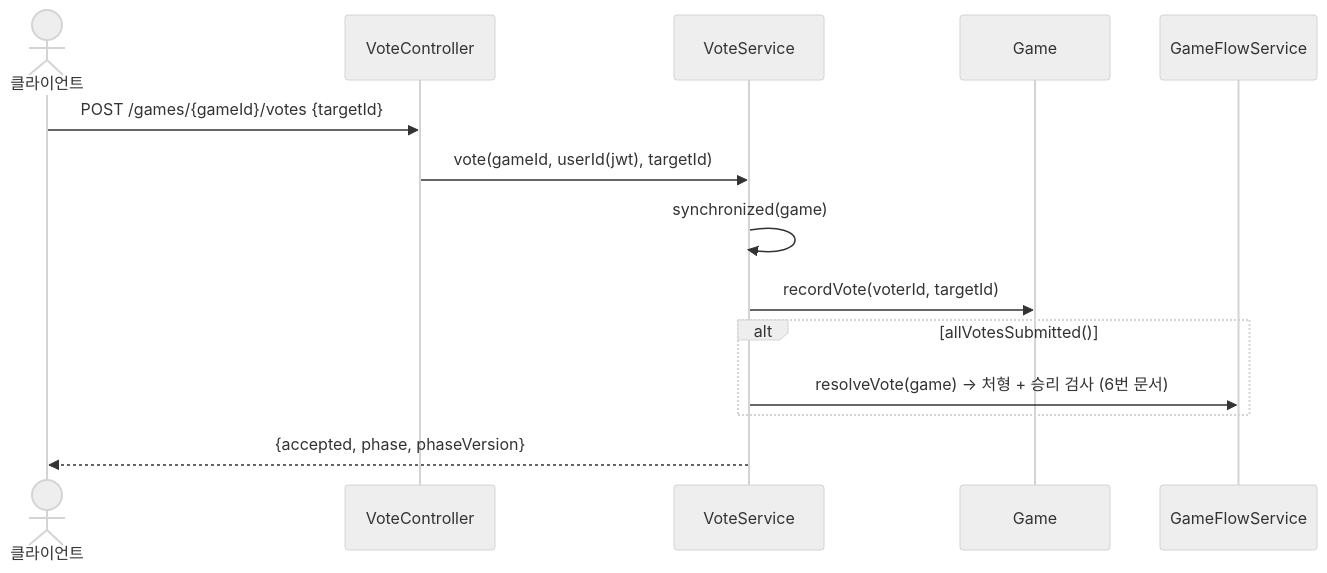
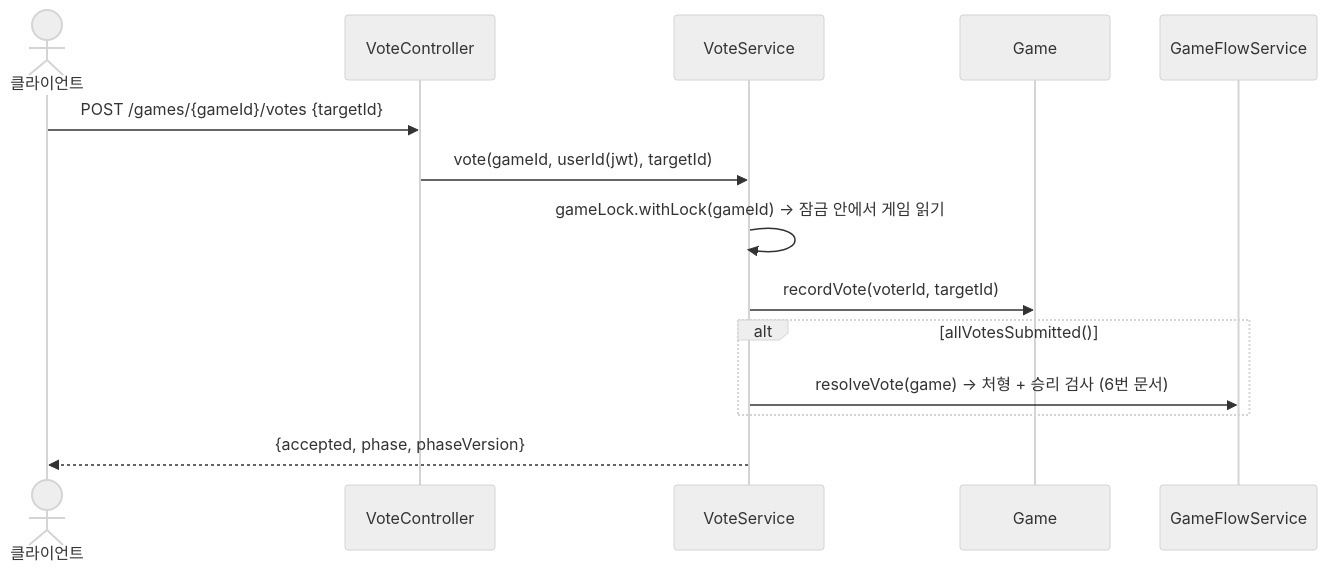
The third of 3 diagrams in Claude outputs/05_낮_투표.md (IamREALcitizen/project_server), drawn with Mermaid (neutral theme) before and after one commit. The commit also changed other lines of this file and 11 other files, not shown here.

````diff
--- a/Claude outputs/05_낮_투표.md
+++ b/Claude outputs/05_낮_투표.md
@@ -44,17 +44,17 @@
 ```mermaid
 sequenceDiagram
     actor C as 클라이언트
     participant VC as VoteController
     participant VS as VoteService
     participant G as Game
     participant GF as GameFlowService
 
     C->>VC: POST /games/{gameId}/votes {targetId}
     VC->>VS: vote(gameId, userId(jwt), targetId)
-    VS->>VS: synchronized(game)
+    VS->>VS: gameLock.withLock(gameId) → 잠금 안에서 게임 읽기
     VS->>G: recordVote(voterId, targetId)
     alt allVotesSubmitted()
         VS->>GF: resolveVote(game) → 처형 + 승리 검사 (6번 문서)
     end
     VS-->>C: {accepted, phase, phaseVersion}
 ```
````
